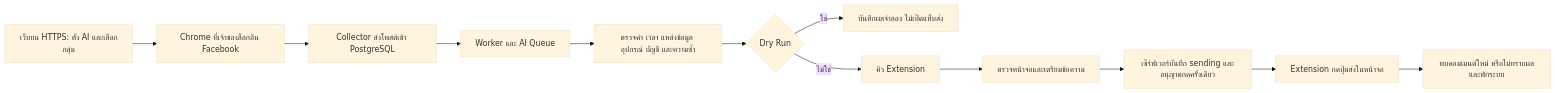
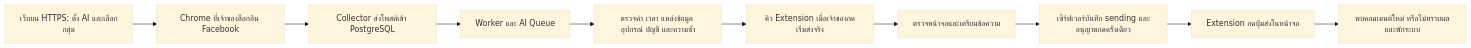
One commit to ntpten-x/my-bot changed the diagram in docs/BROWSER-COMMENTS.th.md. Above: the diagram before and after it, drawn with Mermaid (base theme). The commit also changed other lines of this file and 27 other files, not shown here.

````diff
--- a/docs/BROWSER-COMMENTS.th.md
+++ b/docs/BROWSER-COMMENTS.th.md
@@ -11,14 +11,12 @@
 ```mermaid
 flowchart LR
   A[เว็บบน HTTPS: ตั้ง AI และเลือกกลุ่ม] --> B[Chrome ที่เจ้าของล็อกอิน Facebook]
   B --> C[Collector ส่งโพสต์เข้า PostgreSQL]
   C --> D[Worker และ AI Queue]
   D --> E[ตรวจคำ เวลา แหล่งข้อมูล อุปกรณ์ บัญชี และความซ้ำ]
-  E --> F{Dry Run}
-  F -->|ใช่| G[บันทึกผลจำลอง ไม่เปิดแท็บส่ง]
-  F -->|ไม่ใช่| H[คิว Extension]
+  E --> H[คิว Extension เมื่อเจ้าของกดเริ่มส่งจริง]
   H --> I[ตรวจหน้าจอและเตรียมข้อความ]
   I --> J[เซิร์ฟเวอร์บันทึก sending และอนุญาตกดครั้งเดียว]
   J --> K[Extension กดปุ่มส่งในหน้าจอ]
   K --> L[พบคอมเมนต์ใหม่ หรือไม่ทราบผลและพักระบบ]
 ```
````
